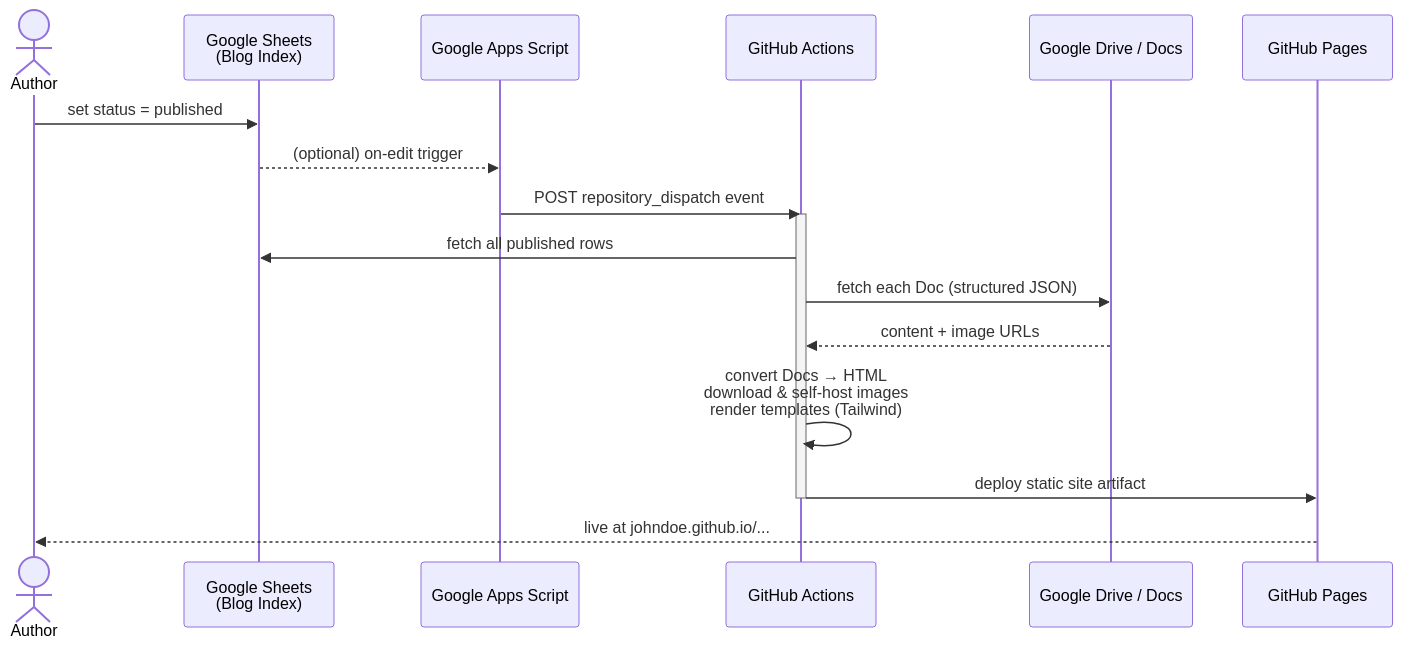
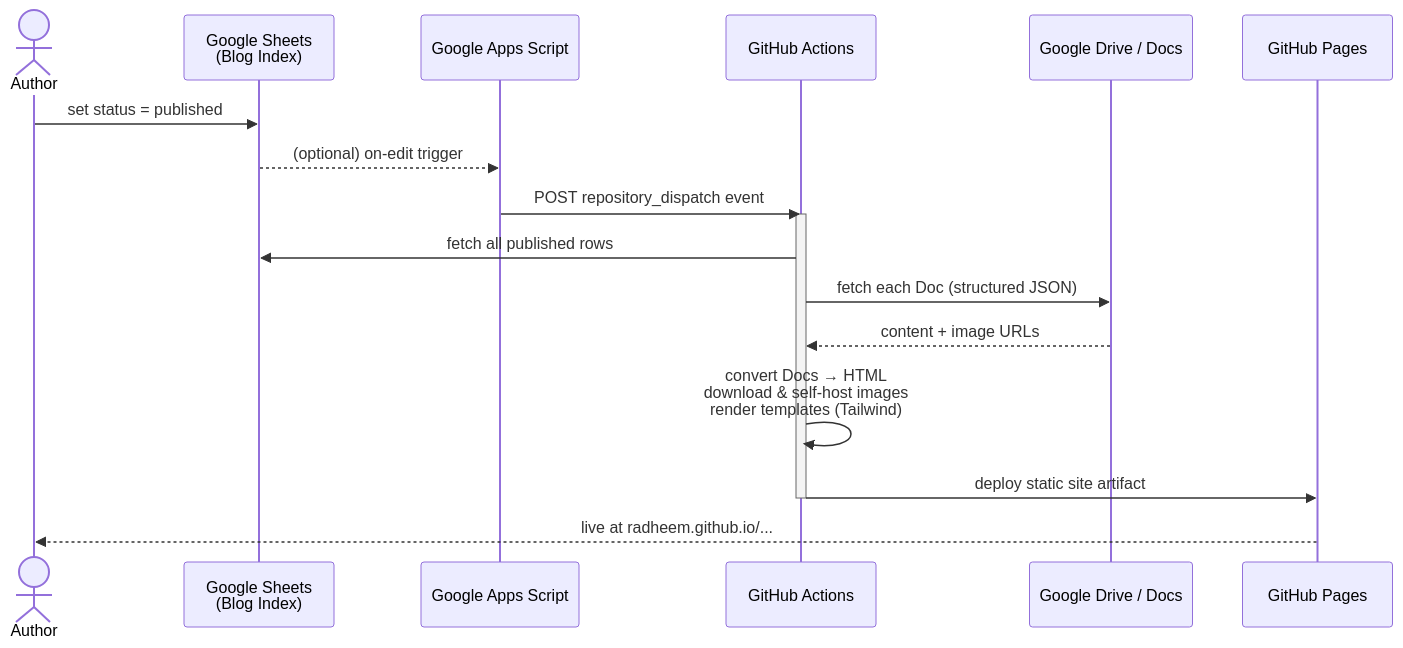
Before and after one commit to radheem/my-cv: the second of 3 diagrams in docs/projects/gitpress.md, drawn with Mermaid. The commit also changed other lines of this file and 27 other files, not shown here.

````diff
--- a/docs/projects/gitpress.md
+++ b/docs/projects/gitpress.md
@@ -62,21 +62,21 @@
 ```mermaid
 sequenceDiagram
   actor Author
   participant GS as Google Sheets<br/>(Blog Index)
   participant GAS as Google Apps Script
   participant GA as GitHub Actions
   participant GD as Google Drive / Docs
   participant GP as GitHub Pages
 
   Author->>GS: set status = published
   GS-->>GAS: (optional) on-edit trigger
   GAS->>GA: POST repository_dispatch event
   activate GA
   GA->>GS: fetch all published rows
   GA->>GD: fetch each Doc (structured JSON)
   GD-->>GA: content + image URLs
   GA->>GA: convert Docs → HTML<br/>download & self-host images<br/>render templates (Tailwind)
   GA->>GP: deploy static site artifact
   deactivate GA
-  GP-->>Author: live at johndoe.github.io/...
+  GP-->>Author: live at radheem.github.io/...
 ```
````
